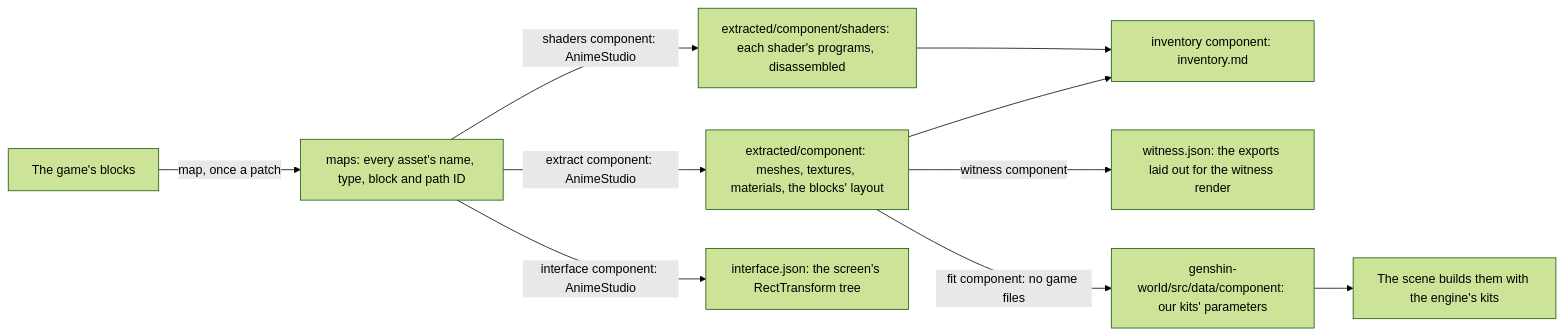
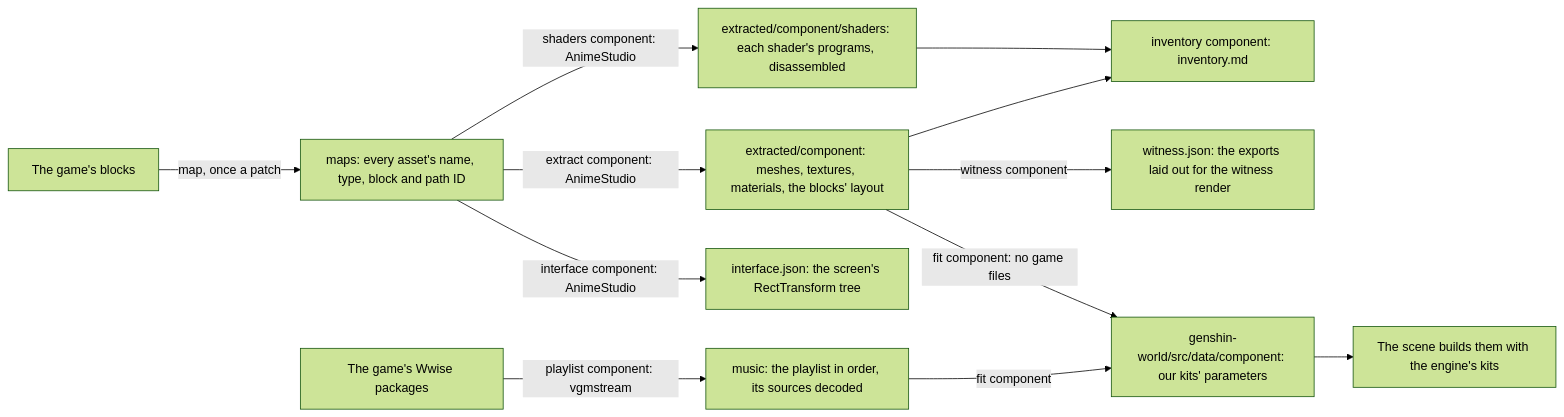
The second of 3 diagrams in apps/web/content/docs/genshin/derived-assets.md (Esposter/Esposter), drawn with Mermaid (forest theme) before and after one commit. The commit also changed other lines of this file and 13 other files, not shown here.

````diff
--- a/apps/web/content/docs/genshin/derived-assets.md
+++ b/apps/web/content/docs/genshin/derived-assets.md
@@ -33,12 +33,14 @@
 ```mermaid
 flowchart LR
   B[The game's blocks] -->|"map, once a patch"| M["maps: every asset's name, type, block and path ID"]
   M -->|"extract component: AnimeStudio"| E["extracted/component: meshes, textures, materials, the blocks' layout"]
   M -->|"shaders component: AnimeStudio"| S["extracted/component/shaders: each shader's programs, disassembled"]
   E --> I["inventory component: inventory.md"]
   S --> I
   E -->|"witness component"| W["witness.json: the exports laid out for the witness render"]
   M -->|"interface component: AnimeStudio"| U["interface.json: the screen's RectTransform tree"]
+  A[The game's Wwise packages] -->|"playlist component: vgmstream"| P["music: the playlist in order, its sources decoded"]
+  P -->|"fit component"| D
   E -->|"fit component: no game files"| D["genshin-world/src/data/component: our kits' parameters"]
   D --> K[The scene builds them with the engine's kits]
 ```
````
